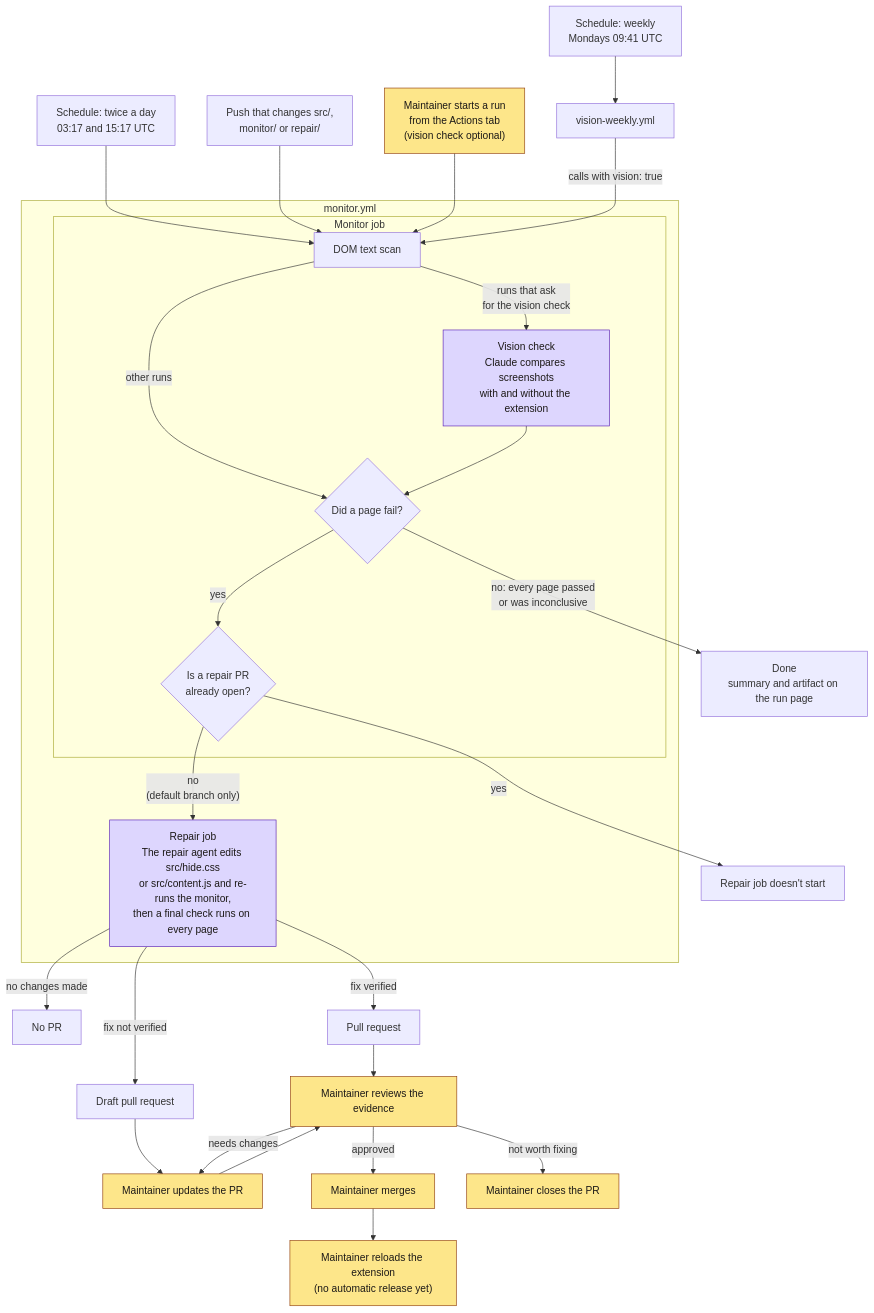
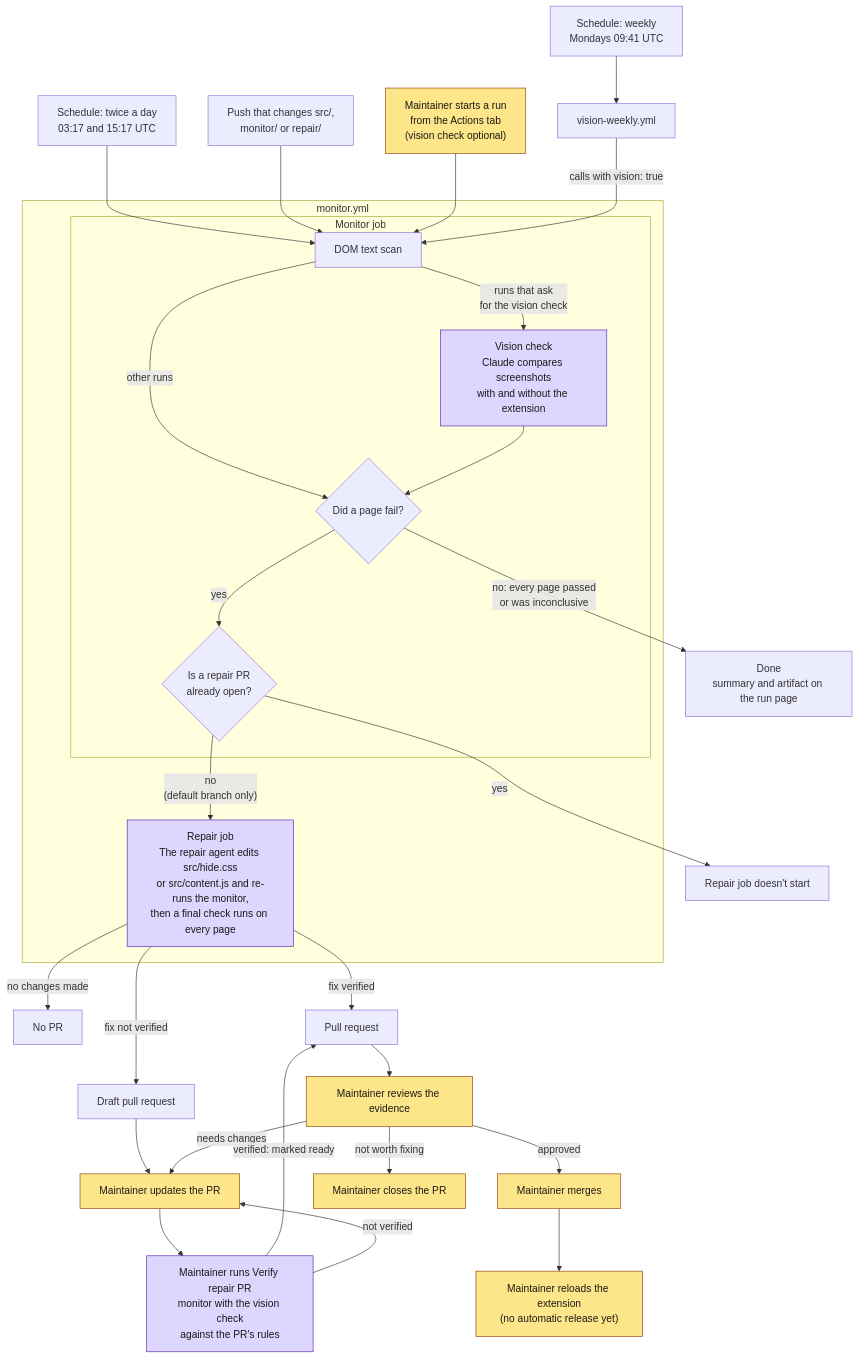
One commit to jarett-lee/youtube-statistics-hider changed the diagram in WORKFLOW.md. Above: the diagram before and after it, drawn with Mermaid. The commit also changed other lines of this file and 7 other files, not shown here.

First line of the commit message:
Add a workflow to re-verify repair PRs

````diff
--- a/WORKFLOW.md
+++ b/WORKFLOW.md
@@ -35,41 +35,43 @@
 ```mermaid
 flowchart TD
     daily["Schedule: twice a day<br/>03:17 and 15:17 UTC"] --> dom
     push["Push that changes src/,<br/>monitor/ or repair/"] --> dom
     manual["Maintainer starts a run<br/>from the Actions tab<br/>(vision check optional)"] --> dom
     weekly["Schedule: weekly<br/>Mondays 09:41 UTC"] --> visionwf["vision-weekly.yml"]
     visionwf -- "calls with vision: true" --> dom
 
     subgraph monitorwf ["monitor.yml"]
         subgraph monitorjob ["Monitor job"]
             dom["DOM text scan"]
             vision["Vision check<br/>Claude compares screenshots<br/>with and without the extension"]
             failed{"Did a page fail?"}
             openpr{"Is a repair PR<br/>already open?"}
             dom -- "runs that ask<br/>for the vision check" --> vision
             dom -- "other runs" --> failed
             vision --> failed
             failed -- "yes" --> openpr
         end
         repair["Repair job<br/>The repair agent edits src/hide.css<br/>or src/content.js and re-runs the monitor,<br/>then a final check runs on every page"]
         openpr -- "no<br/>(default branch only)" --> repair
     end
 
     failed -- "no: every page passed<br/>or was inconclusive" --> done["Done<br/>summary and artifact on the run page"]
     openpr -- "yes" --> skipped["Repair job doesn't start"]
     repair -- "no changes made" --> nopr["No PR"]
     repair -- "fix verified" --> pr["Pull request"]
     repair -- "fix not verified" --> draft["Draft pull request"]
     pr --> review["Maintainer reviews the evidence"]
     draft --> update
     review -- "needs changes" --> update["Maintainer updates the PR"]
-    update --> review
+    update --> verify["Maintainer runs Verify repair PR<br/>monitor with the vision check<br/>against the PR's rules"]
+    verify -- "verified: marked ready" --> pr
+    verify -- "not verified" --> update
     review -- "approved" --> merge["Maintainer merges"]
     review -- "not worth fixing" --> closed["Maintainer closes the PR"]
     merge --> ship["Maintainer reloads the extension<br/>(no automatic release yet)"]
 
     classDef human fill:#fde68a,stroke:#92400e,color:#1c1917
     classDef agent fill:#ddd6fe,stroke:#5b21b6,color:#1c1917
     class manual,review,update,merge,closed,ship human
-    class vision,repair agent
+    class vision,repair,verify agent
 ```
````
